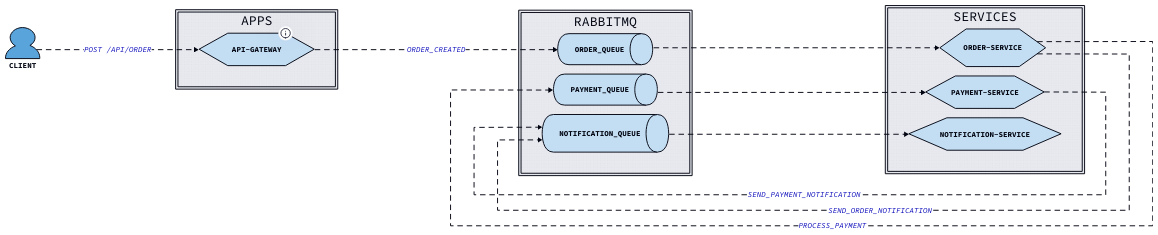
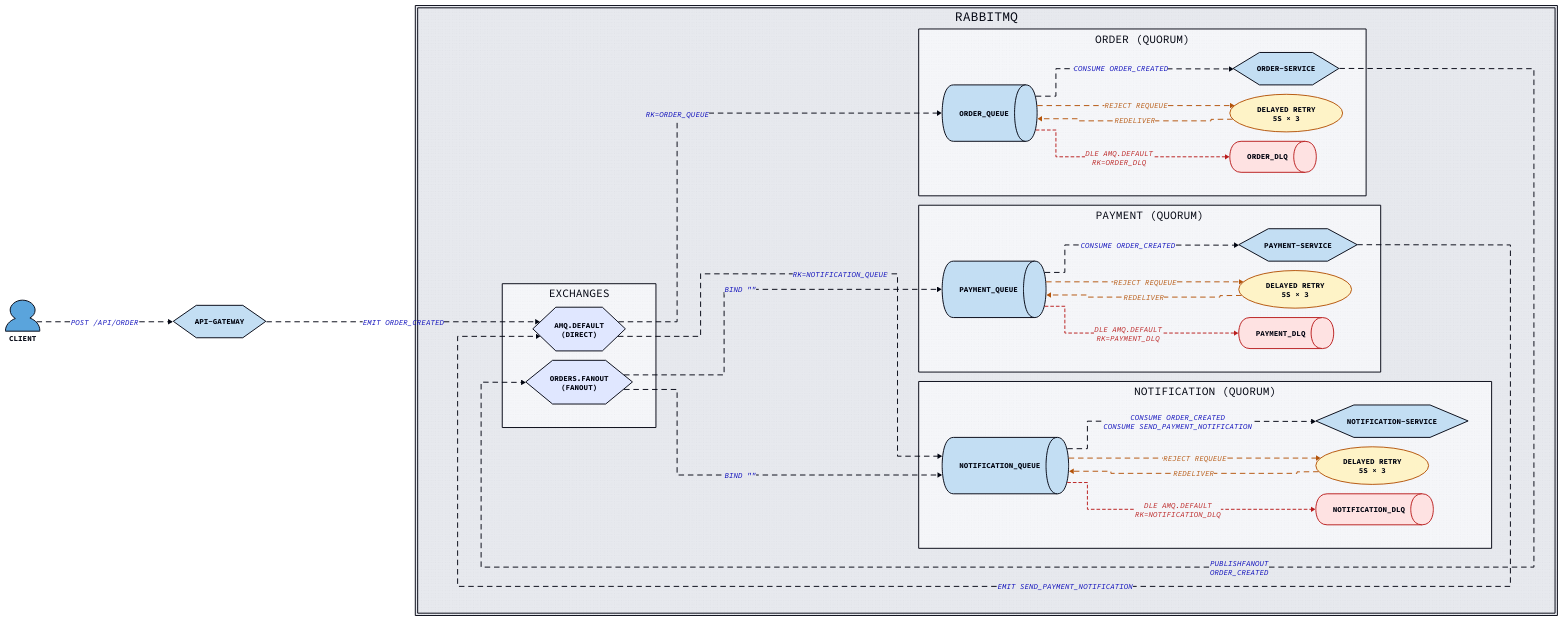
The diagram in docs/event-flow.d2 (Pawel-Gnat/nest-queues), drawn with D2 before and after one commit. The commit also changed 3 other files, not shown here.

Commit message:
chore: add d2 static diagram

```diff
--- a/docs/event-flow.d2
+++ b/docs/event-flow.d2
@@ -1,85 +1,193 @@
-# Generated by scripts/generate-event-diagram.js — do not edit by hand
-# Run: pnpm diagram
+# RabbitMQ event flow — client → last worker, with exchanges, retry, DLQ
+# Render: pnpm diagram
+# Watch:  d2 -w docs/event-flow.d2 docs/event-flow.svg
 
 vars: {
   d2-config: {
     layout-engine: elk
     theme-id: 300
   }
 }
 
 direction: right
 
 classes: {
-  animated: {
+  happy: {
     style: {
       animated: true
+      stroke-width: 2
+    }
+  }
+  retry: {
+    style: {
+      stroke-dash: 5
+      stroke: "#b45309"
+      font-color: "#b45309"
+    }
+  }
+  dlq: {
+    style: {
+      stroke-dash: 3
+      stroke: "#b91c1c"
+      font-color: "#b91c1c"
+    }
+  }
+  service: {
+    shape: hexagon
+  }
+  exchange: {
+    shape: hexagon
+    style: {
+      fill: "#e0e7ff"
+    }
+  }
+  workq: {
+    shape: queue
+  }
+  deadq: {
+    shape: queue
+    style: {
+      fill: "#fee2e2"
+      stroke: "#b91c1c"
+    }
+  }
+  delay: {
+    shape: oval
+    style: {
+      fill: "#fef3c7"
+      stroke: "#b45309"
     }
   }
 }
 
 client: {
   shape: person
   label: Client
 }
 
-apps: Apps {
-  api_gateway: api-gateway {
-    shape: hexagon
-    tooltip: "POST /api/order"
+gateway: api-gateway {
+  class: [service]
+}
+
+rmq: RabbitMQ {
+  exchanges: Exchanges {
+    default: "amq.default\n(direct)" {
+      class: [exchange]
+    }
+    fanout: "orders.fanout\n(fanout)" {
+      class: [exchange]
+    }
+  }
+
+  order: "order (quorum)" {
+    q: order_queue {
+      class: [workq]
+    }
+    svc: order-service {
+      class: [service]
+    }
+    retry: "delayed retry\n5s × 3" {
+      class: [delay]
+    }
+    dead: order_dlq {
+      class: [deadq]
+    }
+
+    q -> svc: consume order_created {
+      class: [happy]
+    }
+    q -> retry: reject requeue {
+      class: [retry]
+    }
+    retry -> q: redeliver {
+      class: [retry]
+    }
+    q -> dead: "DLE amq.default\nrk=order_dlq" {
+      class: [dlq]
+    }
+  }
+
+  payment: "payment (quorum)" {
+    q: payment_queue {
+      class: [workq]
+    }
+    svc: payment-service {
+      class: [service]
+    }
+    retry: "delayed retry\n5s × 3" {
+      class: [delay]
+    }
+    dead: payment_dlq {
+      class: [deadq]
+    }
+
+    q -> svc: consume order_created {
+      class: [happy]
+    }
+    q -> retry: reject requeue {
+      class: [retry]
+    }
+    retry -> q: redeliver {
+      class: [retry]
+    }
+    q -> dead: "DLE amq.default\nrk=payment_dlq" {
+      class: [dlq]
+    }
+  }
+
+  notification: "notification (quorum)" {
+    q: notification_queue {
+      class: [workq]
+    }
+    svc: notification-service {
+      class: [service]
+    }
+    retry: "delayed retry\n5s × 3" {
+      class: [delay]
+    }
+    dead: notification_dlq {
+      class: [deadq]
+    }
+
+    q -> svc: "consume order_created\nconsume send_payment_notification" {
+      class: [happy]
+    }
+    q -> retry: reject requeue {
+      class: [retry]
+    }
+    retry -> q: redeliver {
+      class: [retry]
+    }
+    q -> dead: "DLE amq.default\nrk=notification_dlq" {
+      class: [dlq]
+    }
   }
 }
 
-queues: RabbitMQ {
-  order_queue: order_queue {
-    shape: queue
-  }
-  payment_queue: payment_queue {
-    shape: queue
-  }
-  notification_queue: notification_queue {
-    shape: queue
-  }
+client -> gateway: POST /api/order {
+  class: [happy]
 }
 
-services: Services {
-  order_service: order-service {
-    shape: hexagon
-  }
-  payment_service: payment-service {
-    shape: hexagon
-  }
-  notification_service: notification-service {
-    shape: hexagon
-  }
+gateway -> rmq.exchanges.default: emit order_created {
+  class: [happy]
+}
+rmq.exchanges.default -> rmq.order.q: rk=order_queue {
+  class: [happy]
 }
 
-client -> apps.api_gateway: {
-  label: "POST /api/order"
-  class: [animated]
+rmq.order.svc -> rmq.exchanges.fanout: publishFanout\norder_created {
+  class: [happy]
 }
-apps.api_gateway -> queues.order_queue: {
-  label: "order_created"
-  class: [animated]
+rmq.exchanges.fanout -> rmq.payment.q: bind "" {
+  class: [happy]
 }
-queues.order_queue -> services.order_service: {
-  class: [animated]
+rmq.exchanges.fanout -> rmq.notification.q: bind "" {
+  class: [happy]
 }
-services.order_service -> queues.payment_queue: {
-  label: "process_payment"
-  class: [animated]
+
+rmq.payment.svc -> rmq.exchanges.default: emit send_payment_notification {
+  class: [happy]
 }
-services.order_service -> queues.notification_queue: {
-  label: "send_order_notification"
-  class: [animated]
+rmq.exchanges.default -> rmq.notification.q: rk=notification_queue {
+  class: [happy]
 }
-queues.payment_queue -> services.payment_service: {
-  class: [animated]
-}
-services.payment_service -> queues.notification_queue: {
-  label: "send_payment_notification"
-  class: [animated]
-}
-queues.notification_queue -> services.notification_service: {
-  class: [animated]
-}
```
